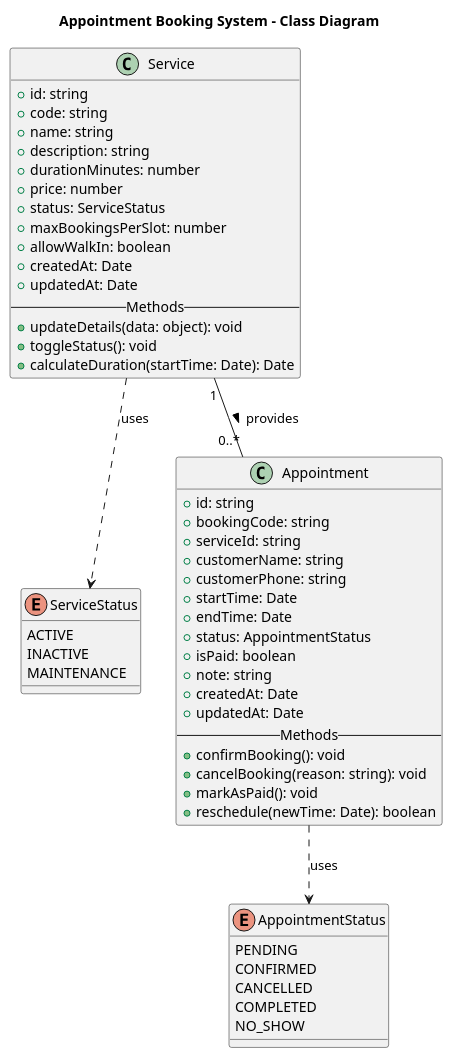
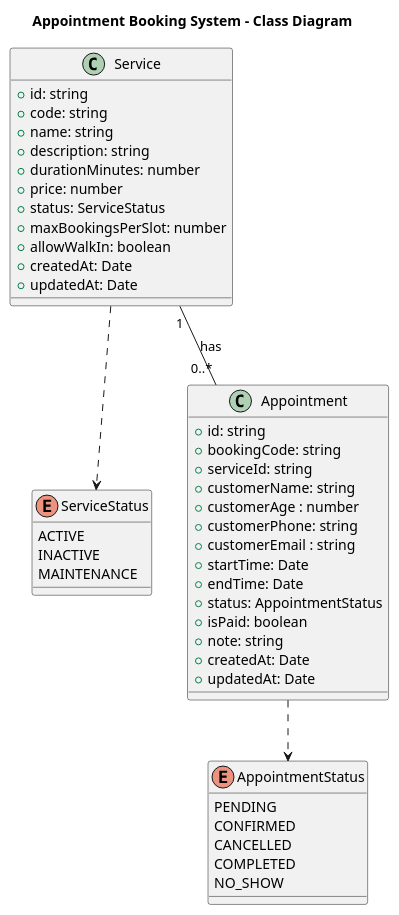
Before and after one commit to nxtcya/oop-typescript-final-project-2026: the diagram in docs/uml-diagram.puml, drawn with PlantUML. The commit also changed 1 other file, not shown here.

```diff
--- a/docs/uml-diagram.puml
+++ b/docs/uml-diagram.puml
@@ -1,63 +1,55 @@
 @startuml
 title Appointment Booking System - Class Diagram
 
-' --- Enums ---
+
 enum ServiceStatus {
   ACTIVE
   INACTIVE
   MAINTENANCE
 }
 
 enum AppointmentStatus {
   PENDING
   CONFIRMED
   CANCELLED
   COMPLETED
   NO_SHOW
 }
 
-' --- Classes ---
+
 class Service {
   +id: string
   +code: string
   +name: string
   +description: string
   +durationMinutes: number
   +price: number
   +status: ServiceStatus
   +maxBookingsPerSlot: number
   +allowWalkIn: boolean
   +createdAt: Date
   +updatedAt: Date
-  -- Methods --
-  +updateDetails(data: object): void
-  +toggleStatus(): void
-  +calculateDuration(startTime: Date): Date
 }
 
 class Appointment {
   +id: string
   +bookingCode: string
   +serviceId: string
   +customerName: string
+  +customerAge : number
   +customerPhone: string
+  +customerEmail : string 
   +startTime: Date
   +endTime: Date
   +status: AppointmentStatus
   +isPaid: boolean
   +note: string
   +createdAt: Date
   +updatedAt: Date
-  -- Methods --
-  +confirmBooking(): void
-  +cancelBooking(reason: string): void
-  +markAsPaid(): void
-  +reschedule(newTime: Date): boolean
 }
 
-' --- Relationships ---
-Service "1" -- "0..*" Appointment : provides >
-Service ..> ServiceStatus : uses
-Appointment ..> AppointmentStatus : uses
+Service "1" -- "0..*" Appointment : has
+Service ..> ServiceStatus
+Appointment ..> AppointmentStatus
 
 @enduml
```
